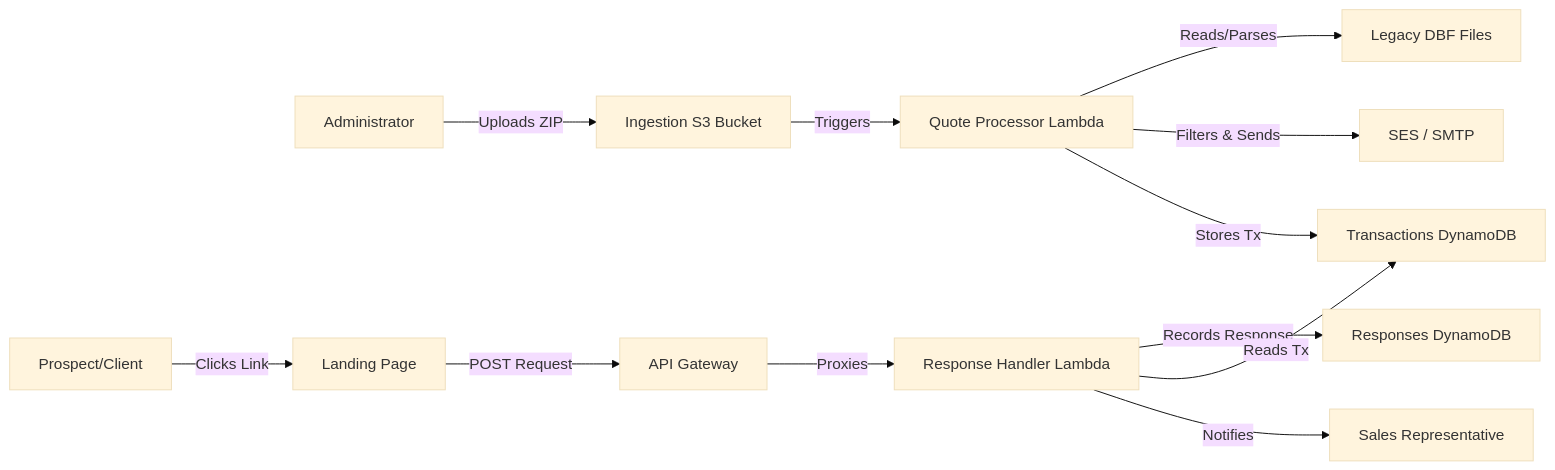
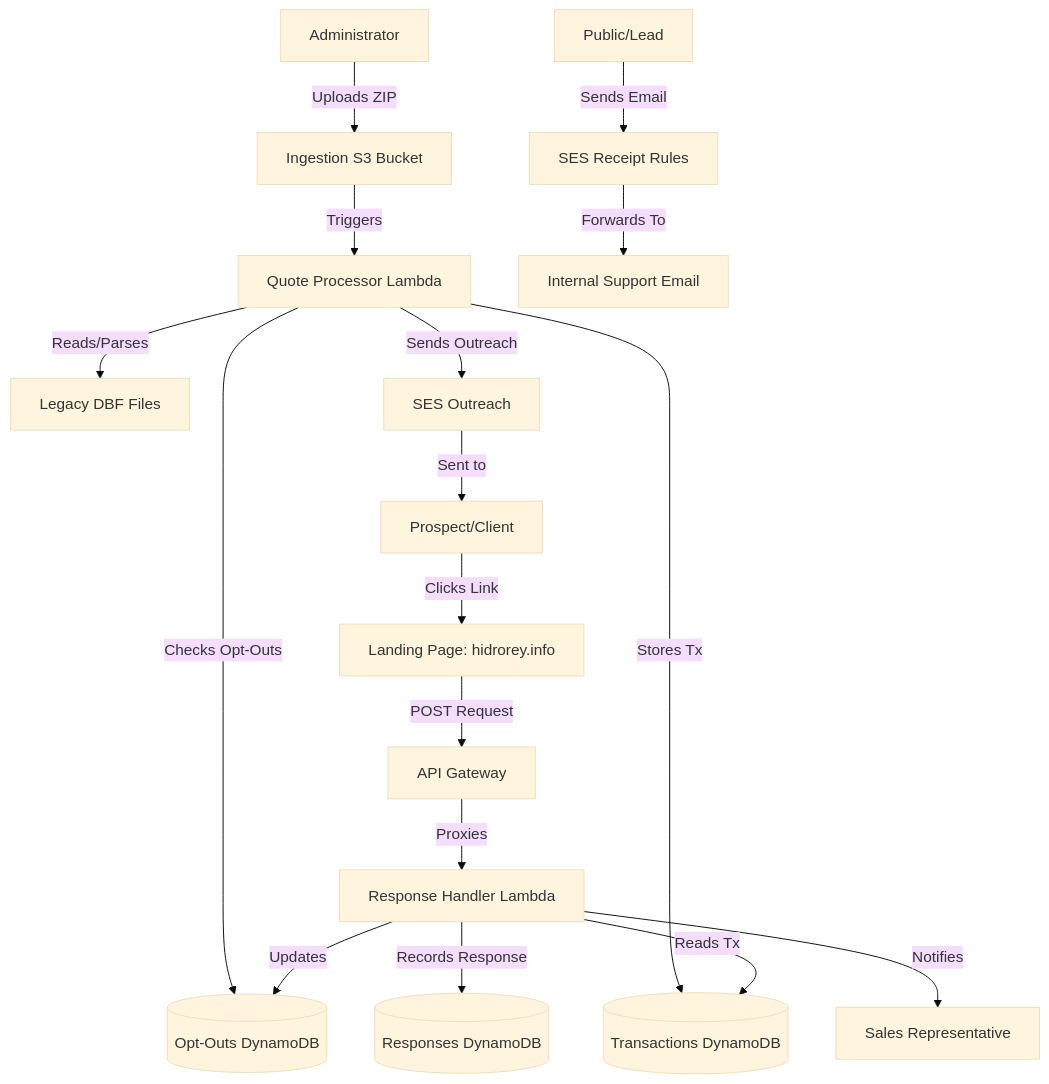
One commit to miguel-merlin/crm-infrastructure changed the diagram in docs/system-overview.md. Above: the diagram before and after it, drawn with Mermaid (base theme). The commit also changed other lines of this file and 2 other files, not shown here.

Commit message:
docs: updated docs with opt out and allowlist architecture changes

````diff
--- a/docs/system-overview.md
+++ b/docs/system-overview.md
@@ -20,15 +21,21 @@
 ```mermaid
-graph LR
+graph TD
     User[Administrator] -- Uploads ZIP --> S3[Ingestion S3 Bucket]
     S3 -- Triggers --> Lambda1[Quote Processor Lambda]
     Lambda1 -- Reads/Parses --> DBF[Legacy DBF Files]
-    Lambda1 -- Filters & Sends --> Email[SES / SMTP]
-    Lambda1 -- Stores Tx --> DDB1[Transactions DynamoDB]
+    Lambda1 -- Checks Opt-Outs --> DDB3[(Opt-Outs DynamoDB)]
+    Lambda1 -- Sends Outreach --> SES[SES Outreach]
+    SES -- Sent to --> Prospect[Prospect/Client]
+    Lambda1 -- Stores Tx --> DDB1[(Transactions DynamoDB)]
     
-    Prospect[Prospect/Client] -- Clicks Link --> Web[Landing Page]
+    Prospect -- Clicks Link --> Web[Landing Page: hidrorey.info]
     Web -- POST Request --> APIG[API Gateway]
     APIG -- Proxies --> Lambda2[Response Handler Lambda]
-    Lambda2 -- Records Response --> DDB2[Responses DynamoDB]
+    Lambda2 -- Records Response --> DDB2[(Responses DynamoDB)]
     Lambda2 -- Reads Tx --> DDB1
+    Lambda2 -- Updates --> DDB3
     Lambda2 -- Notifies --> SalesRep[Sales Representative]
+    
+    Public[Public/Lead] -- Sends Email --> SES_Rec[SES Receipt Rules]
+    SES_Rec -- Forwards To --> Support[Internal Support Email]
 ```
````
